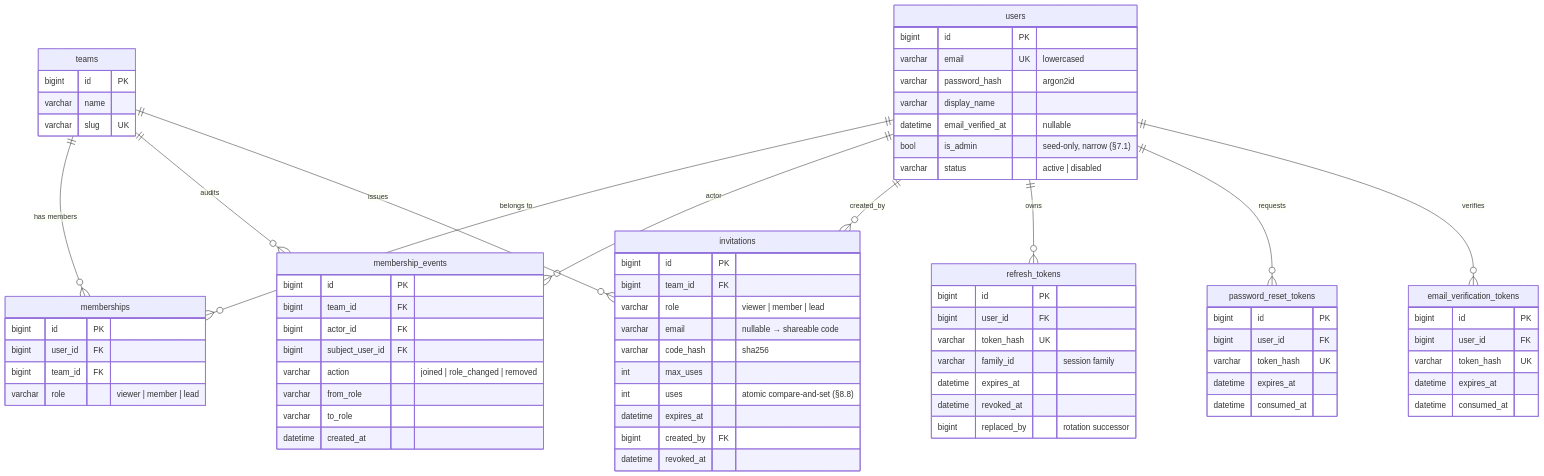
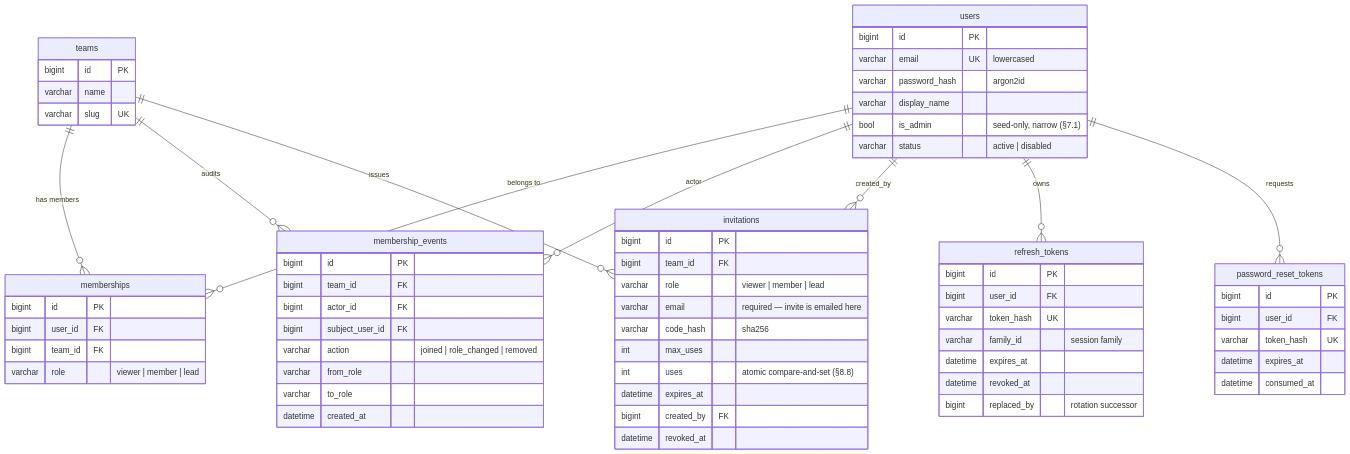
The seventh of 9 diagrams in docs/architecture.md (tabishraza302/newtoninte-ops), drawn with Mermaid before and after one commit. The commit also changed other lines of this file and 1 other file, not shown here.

Commit message:
docs: email-bound invitations + single redemption endpoint (resolve I12, I13)
- closed registration: every invitation is email-bound, so every account is
  verified at creation; remove the unverified state (users.email_verified_at,
  email_verification_tokens, verify/resend endpoints, email.verify job type)
- one redemption door: POST /invitations/redeem branches on auth, enforces the
  submitted email against the invite (403), and leaves uses unconsumed on
  ALREADY_MEMBER
- admin direct-add restricted to existing users (never creates an account)
- disabled is admin-only; disabled login -> 403
- propagate to architecture.md + architecture.ascii.txt; close I12/I13 in the audit
- all 32 category-A findings now FIXED

````diff
--- a/docs/architecture.md
+++ b/docs/architecture.md
@@ -196,78 +196,69 @@
 ```mermaid
 erDiagram
   users ||--o{ memberships : "belongs to"
   teams ||--o{ memberships : "has members"
   teams ||--o{ membership_events : "audits"
   users ||--o{ membership_events : "actor"
   users ||--o{ invitations : "created_by"
   teams ||--o{ invitations : "issues"
   users ||--o{ refresh_tokens : "owns"
   users ||--o{ password_reset_tokens : "requests"
-  users ||--o{ email_verification_tokens : "verifies"
 
   users {
     bigint id PK
     varchar email UK "lowercased"
     varchar password_hash "argon2id"
     varchar display_name
-    datetime email_verified_at "nullable"
     bool is_admin "seed-only, narrow (§7.1)"
     varchar status "active | disabled"
   }
   teams {
     bigint id PK
     varchar name
     varchar slug UK
   }
   memberships {
     bigint id PK
     bigint user_id FK
     bigint team_id FK
     varchar role "viewer | member | lead"
   }
   membership_events {
     bigint id PK
     bigint team_id FK
     bigint actor_id FK
     bigint subject_user_id FK
     varchar action "joined | role_changed | removed"
     varchar from_role
     varchar to_role
     datetime created_at
   }
   invitations {
     bigint id PK
     bigint team_id FK
     varchar role "viewer | member | lead"
-    varchar email "nullable → shareable code"
+    varchar email "required — invite is emailed here"
     varchar code_hash "sha256"
     int max_uses
     int uses "atomic compare-and-set (§8.8)"
     datetime expires_at
     bigint created_by FK
     datetime revoked_at
   }
   refresh_tokens {
     bigint id PK
     bigint user_id FK
     varchar token_hash UK
     varchar family_id "session family"
     datetime expires_at
     datetime revoked_at
     bigint replaced_by "rotation successor"
   }
   password_reset_tokens {
     bigint id PK
     bigint user_id FK
     varchar token_hash UK
     datetime expires_at
     datetime consumed_at
   }
-  email_verification_tokens {
-    bigint id PK
-    bigint user_id FK
-    varchar token_hash UK
-    datetime expires_at
-    datetime consumed_at
-  }
 ```
````
